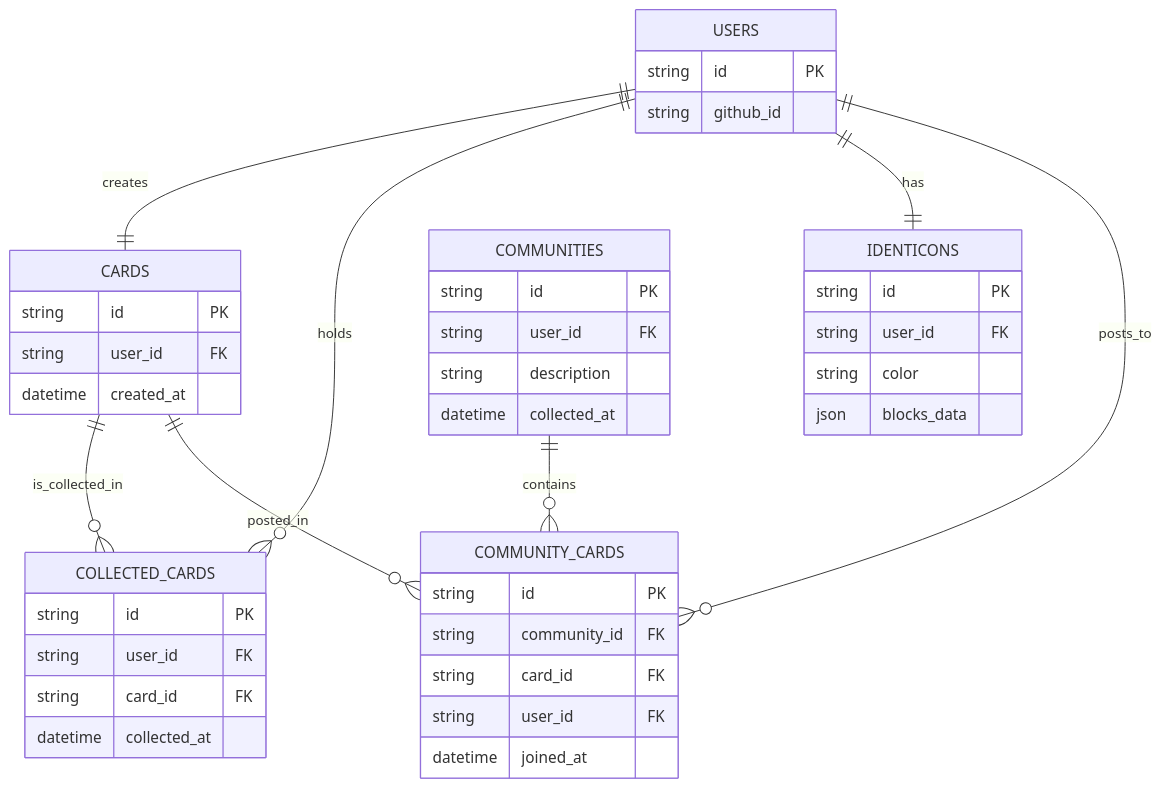
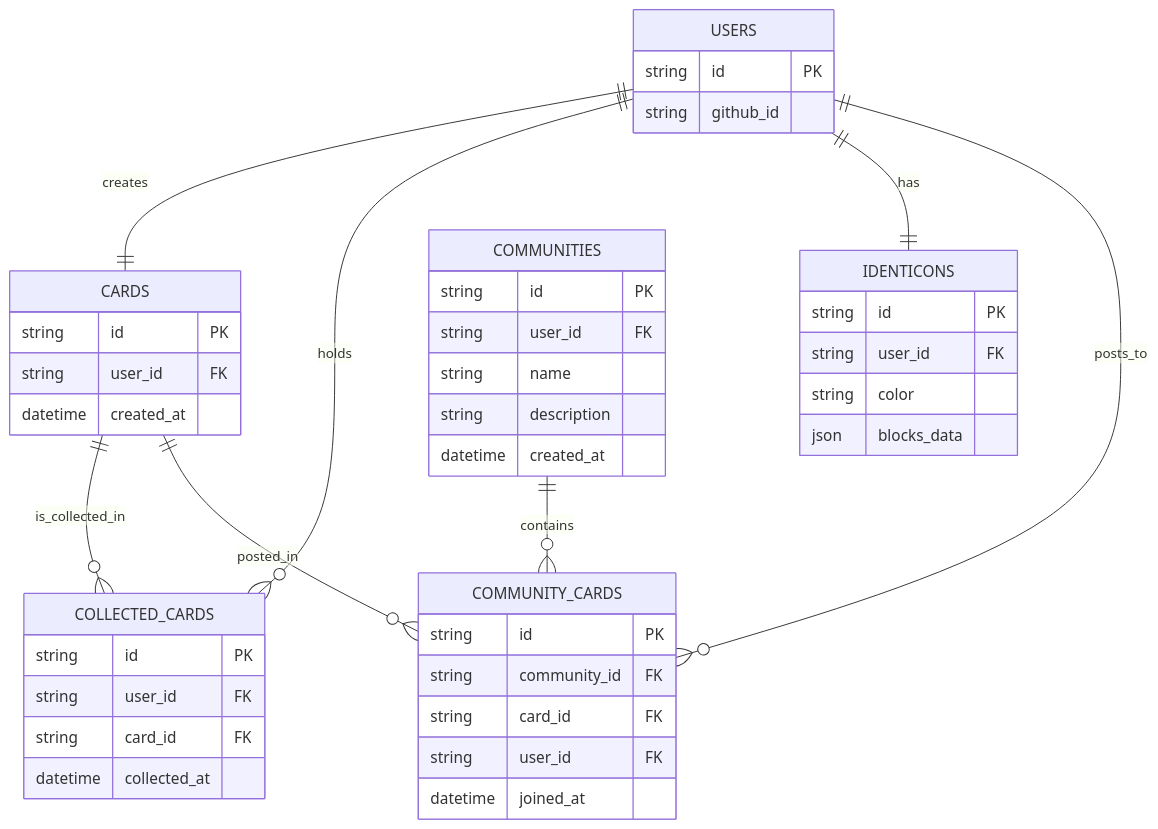
One commit to furarico/octo-deck-api changed the diagram in docs/er.md. Above: the diagram before and after it, drawn with Mermaid.

Commit message:
add name

````diff
--- a/docs/er.md
+++ b/docs/er.md
@@ -3,50 +3,51 @@
 ```mermaid
 erDiagram
     USERS {
         string id PK
         string github_id
     }
 
     CARDS {
         string id PK
         string user_id FK
         datetime created_at
     }
 
     COLLECTED_CARDS {
         string id PK
         string user_id FK
         string card_id FK
         datetime collected_at
     }
 
     IDENTICONS {
         string id PK
         string user_id FK
         string color
         json blocks_data
     }
 
     COMMUNITIES {
         string id PK
         string user_id FK
+        string name
         string description
-        datetime collected_at
+        datetime created_at
     }
 
     COMMUNITY_CARDS {
     string id PK
     string community_id FK
     string card_id FK
     string user_id FK
     datetime joined_at
 }
 
     USERS ||--|| CARDS : creates
     USERS ||--o{ COLLECTED_CARDS : holds
     CARDS ||--o{ COLLECTED_CARDS : is_collected_in
     USERS ||--|| IDENTICONS : has
     USERS ||--o{ COMMUNITY_CARDS : posts_to
     COMMUNITIES ||--o{ COMMUNITY_CARDS : contains
     CARDS ||--o{ COMMUNITY_CARDS : posted_in
 ```
````
